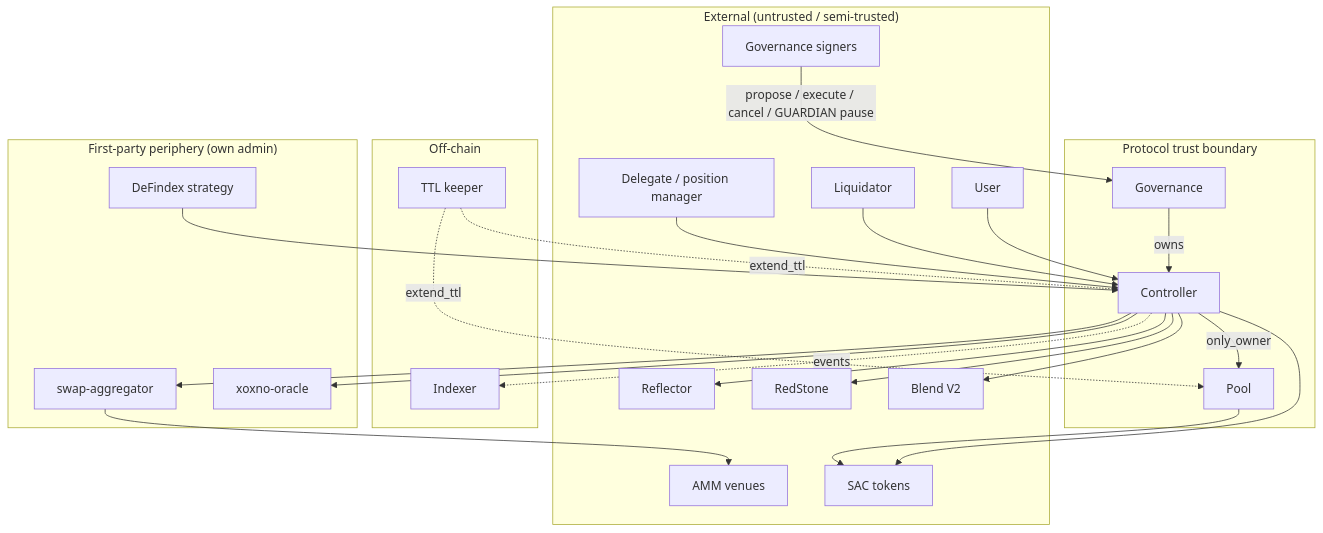
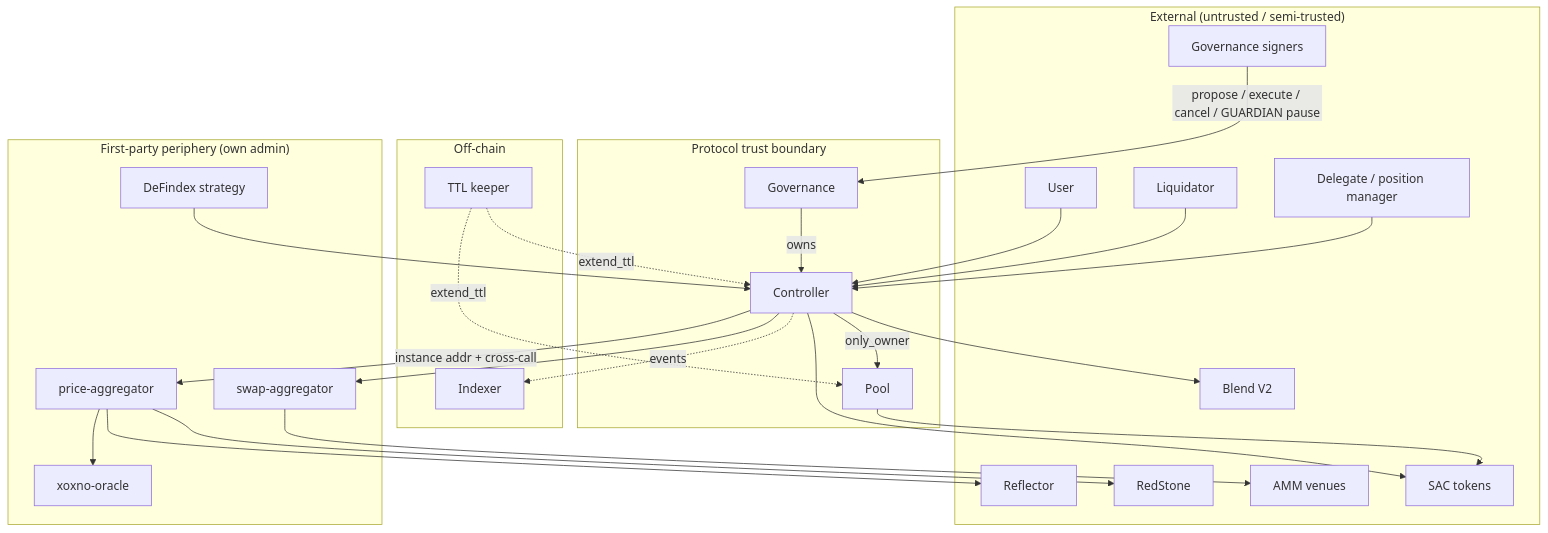
Before and after one commit to XOXNO/rs-lending-xlm: the diagram in docs/explanation/threat-model.md, drawn with Mermaid. The commit also changed other lines of this file and 7 other files, not shown here.

First line of the commit message:
docs: move AssetOracle ownership to price-aggregator in architecture docs

````diff
--- a/docs/explanation/threat-model.md
+++ b/docs/explanation/threat-model.md
@@ -52,50 +57,52 @@
 ```mermaid
 flowchart TB
     subgraph ext["External (untrusted / semi-trusted)"]
         user["User"]
         liq["Liquidator"]
         delg["Delegate / position manager"]
         gov_signers["Governance signers"]
         refl["Reflector"]
         rs["RedStone"]
         venues["AMM venues"]
         blend["Blend V2"]
         sac["SAC tokens"]
     end
 
     subgraph periph["First-party periphery (own admin)"]
+        priceAgg["price-aggregator"]
         agg["swap-aggregator"]
         adapter["xoxno-oracle"]
         defi["DeFindex strategy"]
     end
 
     subgraph offchain["Off-chain"]
         indexer["Indexer"]
         keeper["TTL keeper"]
     end
 
     subgraph chain["Protocol trust boundary"]
         governance["Governance"]
         controller["Controller"]
         pool["Pool"]
     end
 
     user --> controller
     liq --> controller
     delg --> controller
     gov_signers -->|"propose / execute / cancel / GUARDIAN pause"| governance
     governance -->|owns| controller
     controller -->|only_owner| pool
-    controller --> refl
-    controller --> rs
-    controller --> adapter
+    controller -->|"instance addr + cross-call"| priceAgg
+    priceAgg --> refl
+    priceAgg --> rs
+    priceAgg --> adapter
     controller --> agg
     agg --> venues
     controller --> blend
     controller --> sac
     pool --> sac
     defi --> controller
     controller -.events.-> indexer
     keeper -.extend_ttl.-> controller
     keeper -.extend_ttl.-> pool
 ```
````
